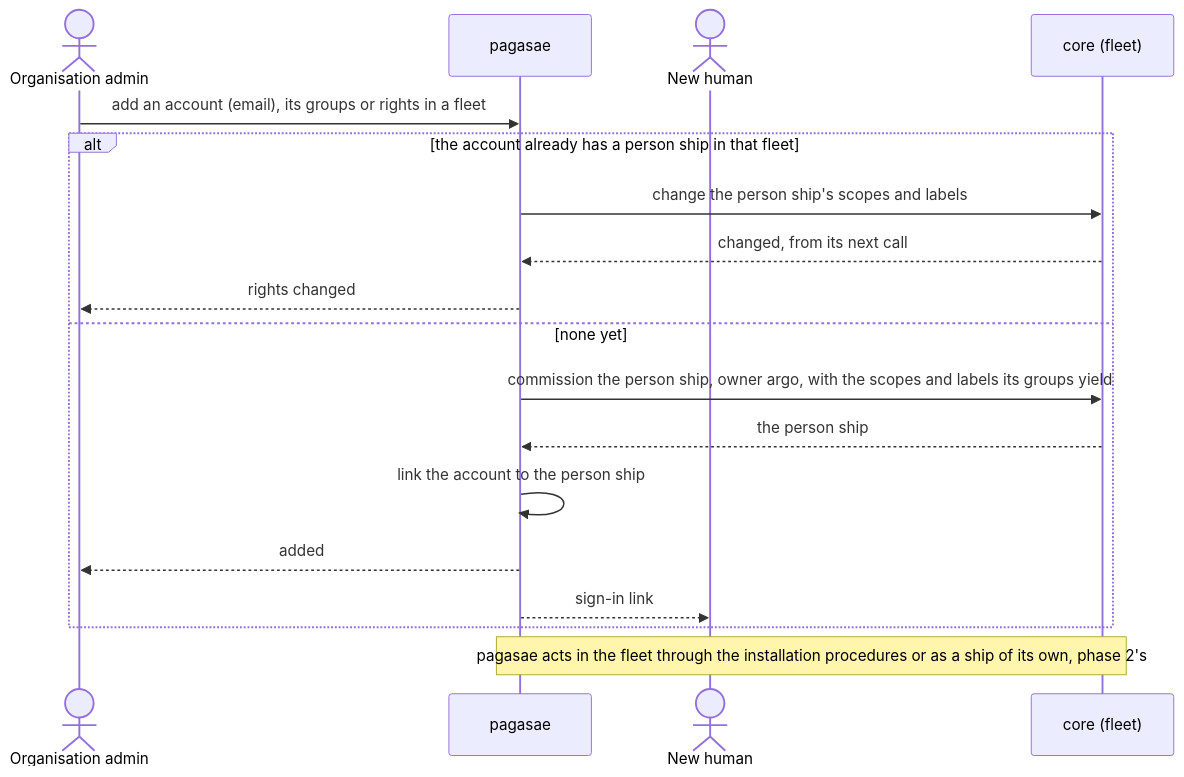
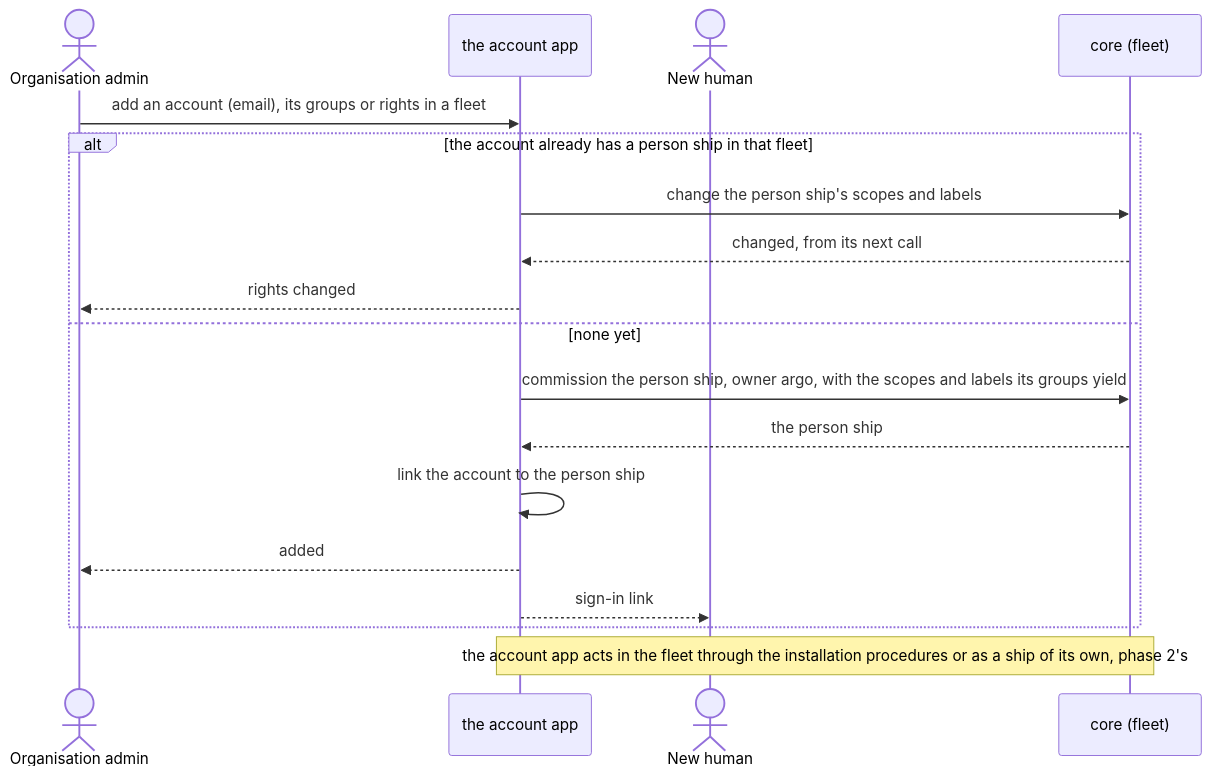
One commit to ThomasHendrickx/aeolus-fleet changed the ninth of 11 diagrams in docs/design/accounts/domain-model.md. Above: the diagram before and after it, drawn with Mermaid. The commit also changed other lines of this file and 157 other files, not shown here.

Commit message:
refactor: use neutral account app terminology

````diff
--- a/docs/design/accounts/domain-model.md
+++ b/docs/design/accounts/domain-model.md
@@ -646,20 +646,20 @@
 ```mermaid
 sequenceDiagram
   actor OA as Organisation admin
-  participant P as pagasae
+  participant P as the account app
   actor H as New human
   participant C as core (fleet)
   OA->>P: add an account (email), its groups or rights in a fleet
   alt the account already has a person ship in that fleet
     P->>C: change the person ship's scopes and labels
     C-->>P: changed, from its next call
     P-->>OA: rights changed
   else none yet
     P->>C: commission the person ship, owner argo, with the scopes and labels its groups yield
     C-->>P: the person ship
     P->>P: link the account to the person ship
     P-->>OA: added
     P-->>H: sign-in link
   end
-  Note over P,C: pagasae acts in the fleet through the installation procedures or as a ship of its own, phase 2's
+  Note over P,C: the account app acts in the fleet through the installation procedures or as a ship of its own, phase 2's
 ```
````
